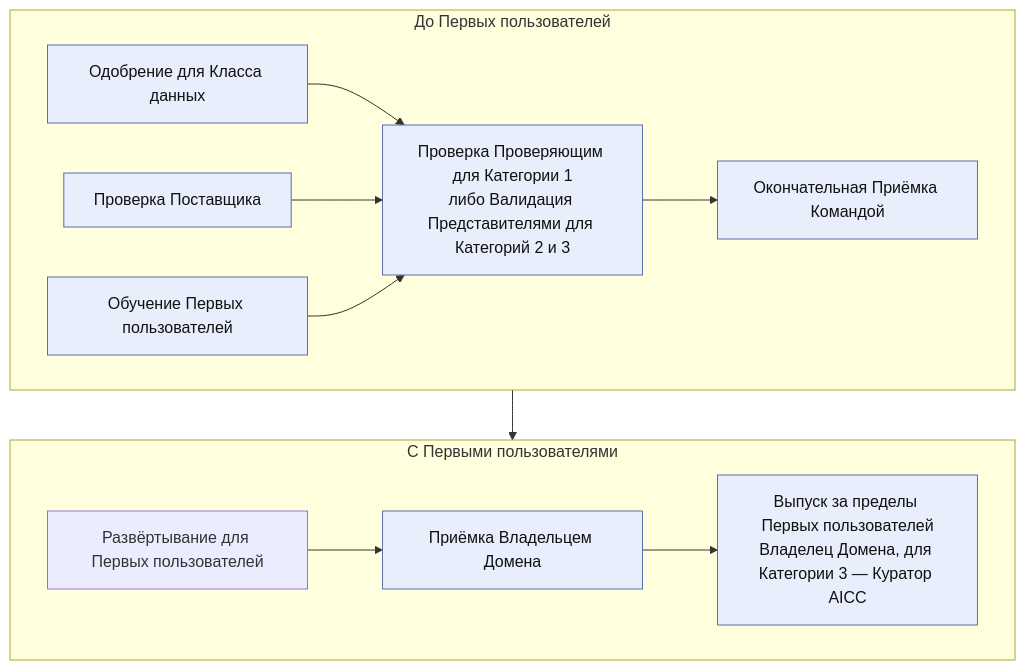
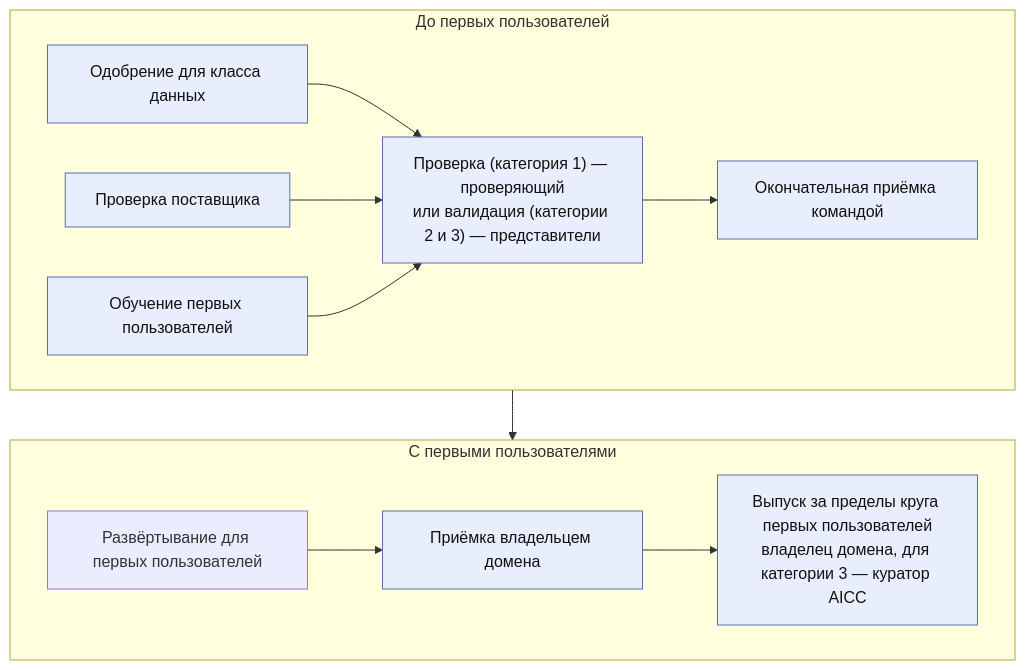
One commit to devhogu/ob-aicc changed the second of 3 diagrams in charter/ru/workflows/ai-risk-control.md. Above: the diagram before and after it, drawn with Mermaid. The commit also changed other lines of this file and 7 other files, not shown here.

````diff
--- a/charter/ru/workflows/ai-risk-control.md
+++ b/charter/ru/workflows/ai-risk-control.md
@@ -45,17 +45,17 @@
 ```mermaid
 flowchart TB
-  subgraph BEFORE["До Первых пользователей"]
+  subgraph BEFORE["До первых пользователей"]
     direction LR
-    G1["Одобрение для Класса данных"] --> G4
-    G2["Проверка Поставщика"] --> G4
-    G3["Обучение Первых пользователей"] --> G4
-    G4["Проверка Проверяющим для Категории 1<br/>либо Валидация Представителями для Категорий 2 и 3"] --> G5["Окончательная Приёмка Командой"]
+    G1["Одобрение для класса данных"] --> G4
+    G2["Проверка поставщика"] --> G4
+    G3["Обучение первых пользователей"] --> G4
+    G4["Проверка (категория 1) — проверяющий<br/>или валидация (категории 2 и 3) — представители"] --> G5["Окончательная приёмка командой"]
   end
-  subgraph WITH["С Первыми пользователями"]
+  subgraph WITH["С первыми пользователями"]
     direction LR
-    D1["Развёртывание для Первых пользователей"] --> G6["Приёмка Владельцем Домена"] --> G7["Выпуск за пределы Первых пользователей<br/>Владелец Домена, для Категории 3 — Куратор AICC"]
+    D1["Развёртывание для первых пользователей"] --> G6["Приёмка владельцем домена"] --> G7["Выпуск за пределы круга первых пользователей<br/>владелец домена, для категории 3 — куратор AICC"]
   end
   BEFORE --> WITH
   classDef gate fill:#e8eefc,stroke:#5a6fa8,color:#111
   class G1,G2,G3,G4,G5,G6,G7 gate
 ```
````
